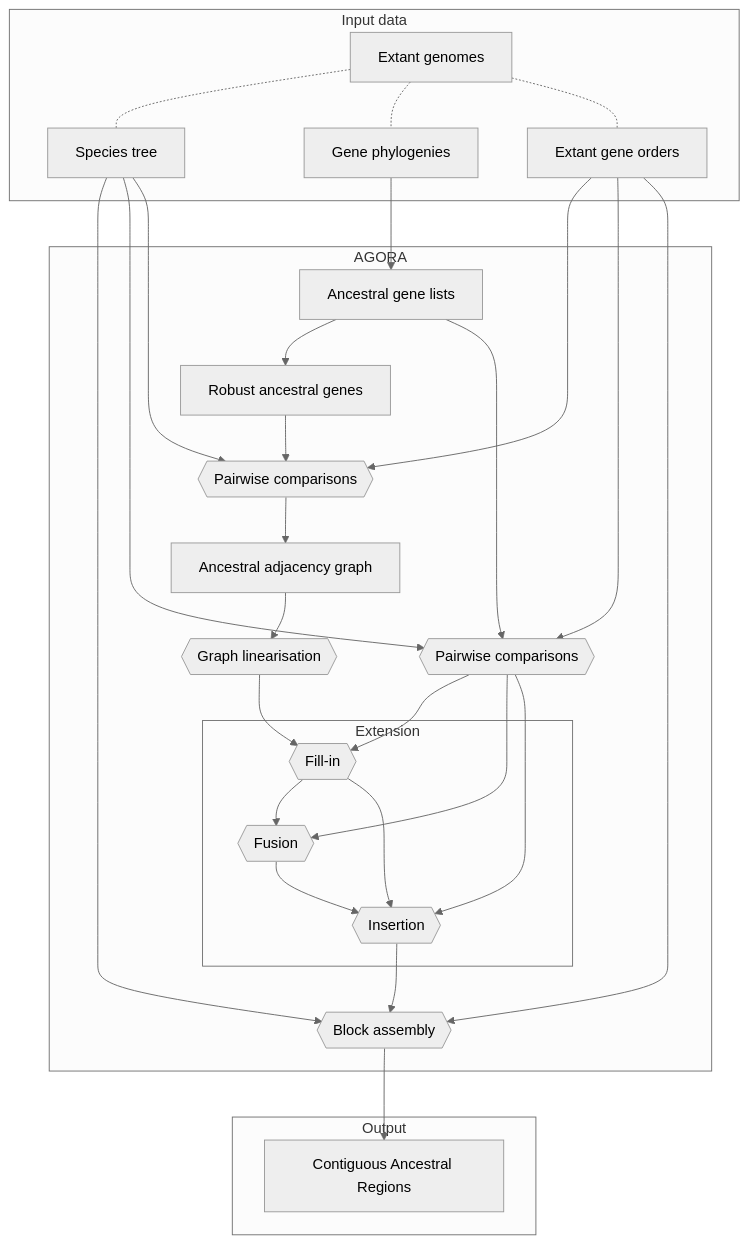
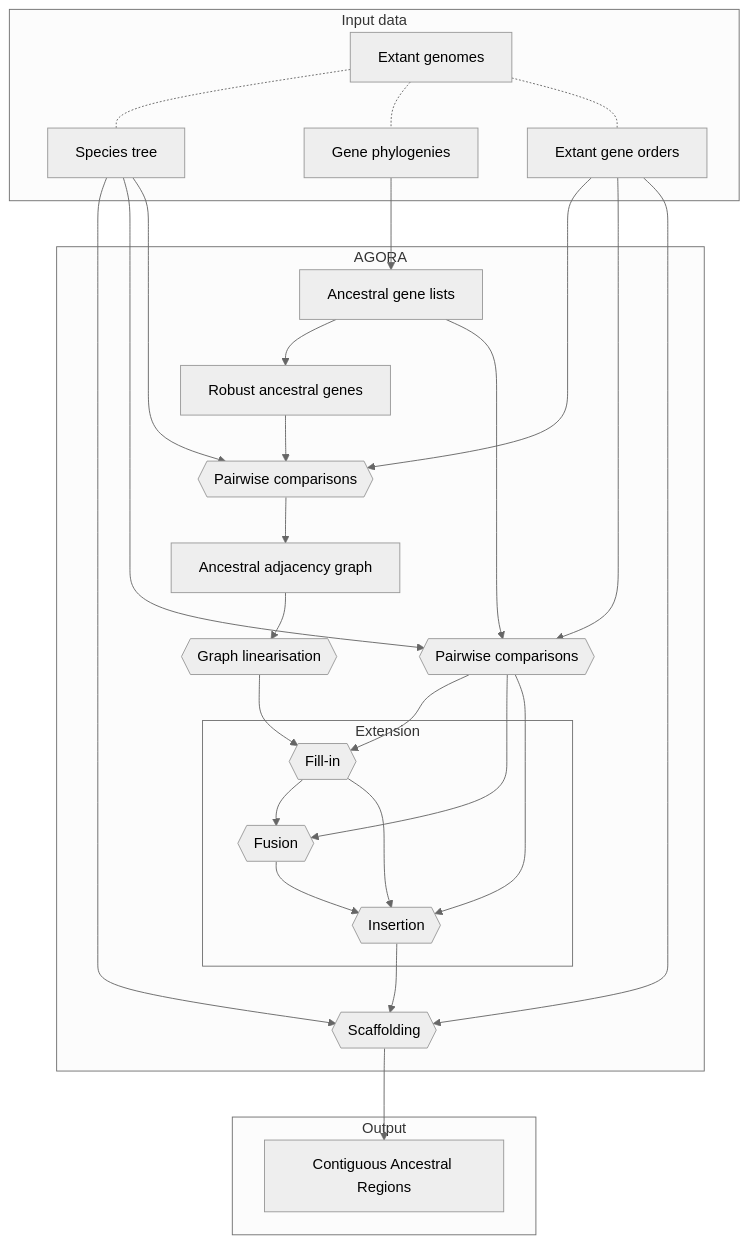
The diagram in doc/agora-vertebrates.mmd (DyogenIBENS/Agora), drawn with Mermaid (neutral theme) before and after one commit. The commit also changed 10 other files, not shown here.

```diff
--- a/doc/agora-vertebrates.mmd
+++ b/doc/agora-vertebrates.mmd
@@ -1,31 +1,31 @@
 graph TD
   subgraph Input data
     A[Extant genomes]
     B[Species tree]
     C[Gene phylogenies]
     D[Extant gene orders]
   end
   subgraph AGORA
     E[Ancestral gene lists]
     EE[Robust ancestral genes]
     F{{Pairwise comparisons}}
     FF{{Pairwise comparisons}}
     G[Ancestral adjacency graph]
     H{{Graph linearisation}}
     subgraph Extension
       L{{Fill-in}}
       M{{Fusion}}
       N{{Insertion}}
     end
-    J{{Block assembly}}
+    J{{Scaffolding}}
   end
   subgraph Output
     K[Contiguous Ancestral Regions]
   end
   A -.- B & C & D
   C --> E
   B --> J & F & FF
   D --> FF & F & J
   E --> EE --> FF --> G --> H --> L --> M --> N --> J --> K
   L --> N
   E --> F --> L & M & N
```
